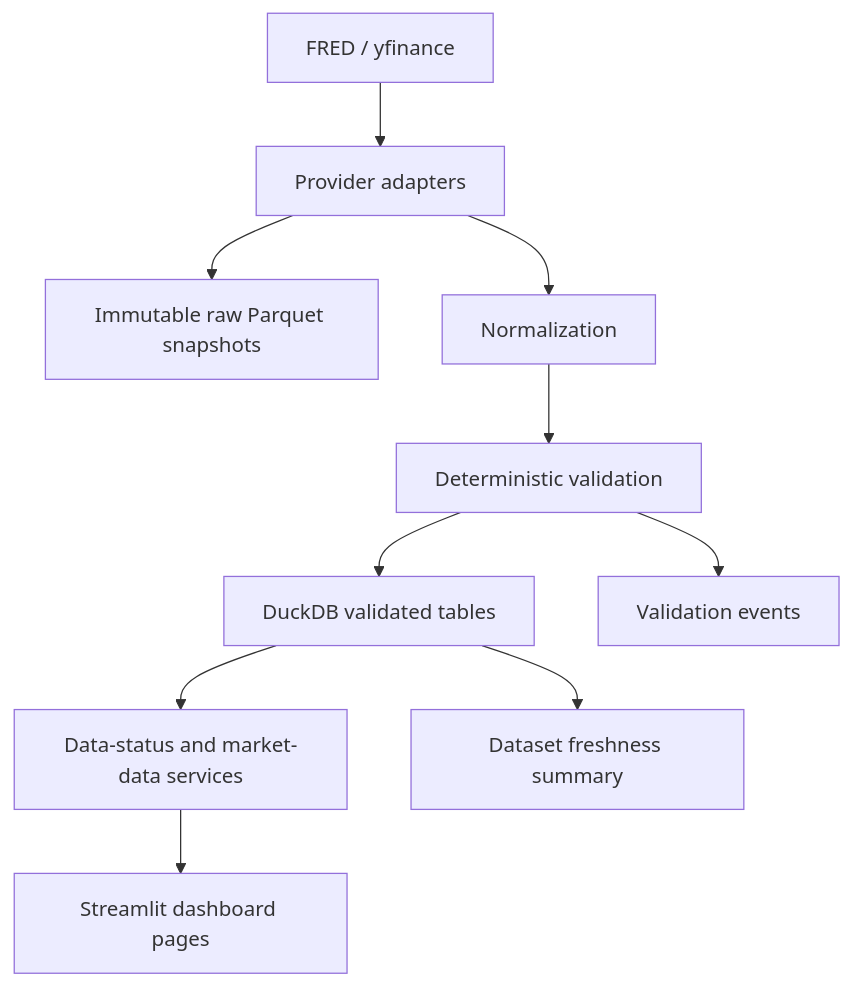
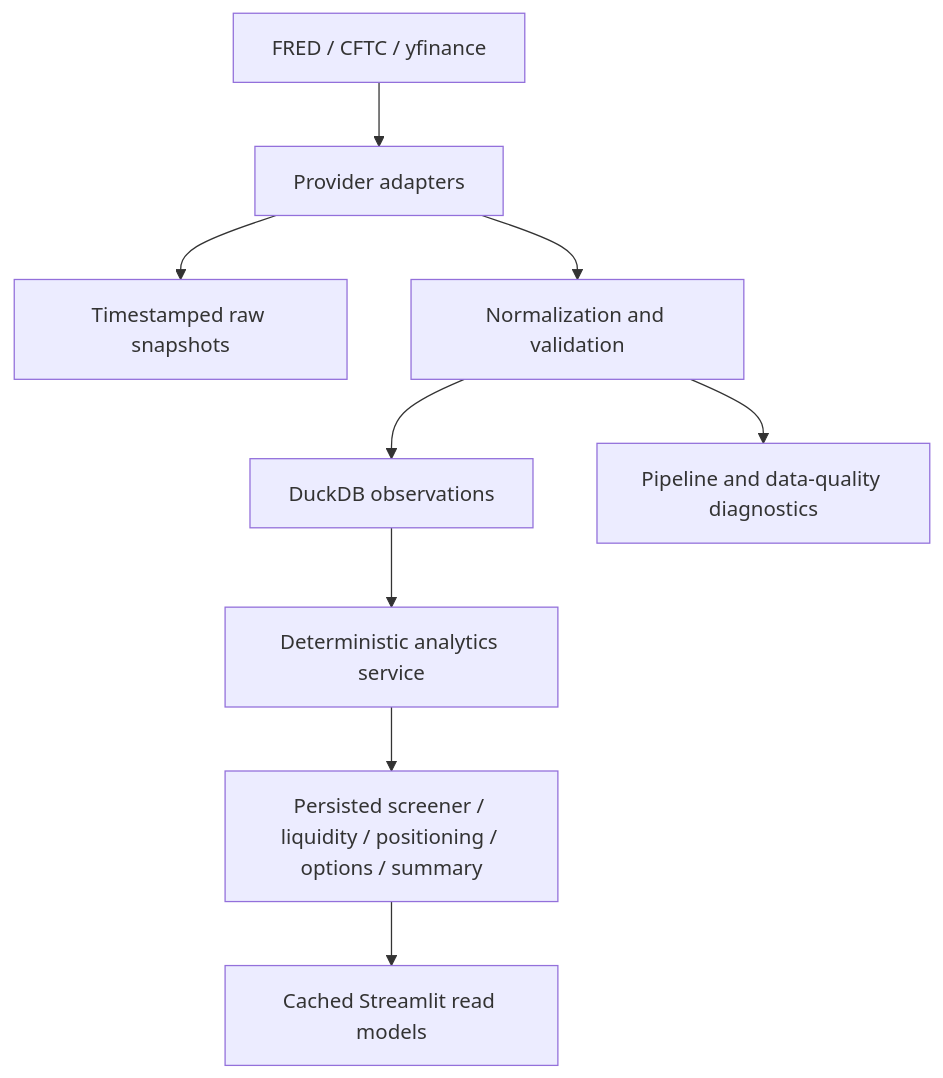
Before and after one commit to Arquo/cross-asset-derivatives-intelligence: the diagram in docs/architecture.md, drawn with Mermaid. The commit also changed other lines of this file and 96 other files, not shown here.

Commit message:
Build deterministic market intelligence platform

````diff
--- a/docs/architecture.md
+++ b/docs/architecture.md
@@ -5,12 +3,11 @@
 ```mermaid
 graph TD
-    A[FRED / yfinance] --> B[Provider adapters]
-    B --> C[Immutable raw Parquet snapshots]
-    B --> D[Normalization]
-    D --> E[Deterministic validation]
-    E --> F[DuckDB validated tables]
-    F --> G[Data-status and market-data services]
-    G --> H[Streamlit dashboard pages]
-    E --> I[Validation events]
-    F --> J[Dataset freshness summary]
+    A[FRED / CFTC / yfinance] --> B[Provider adapters]
+    B --> C[Timestamped raw snapshots]
+    B --> D[Normalization and validation]
+    D --> E[DuckDB observations]
+    E --> F[Deterministic analytics service]
+    F --> G[Persisted screener / liquidity / positioning / options / summary]
+    G --> H[Cached Streamlit read models]
+    D --> I[Pipeline and data-quality diagnostics]
 ```
````
